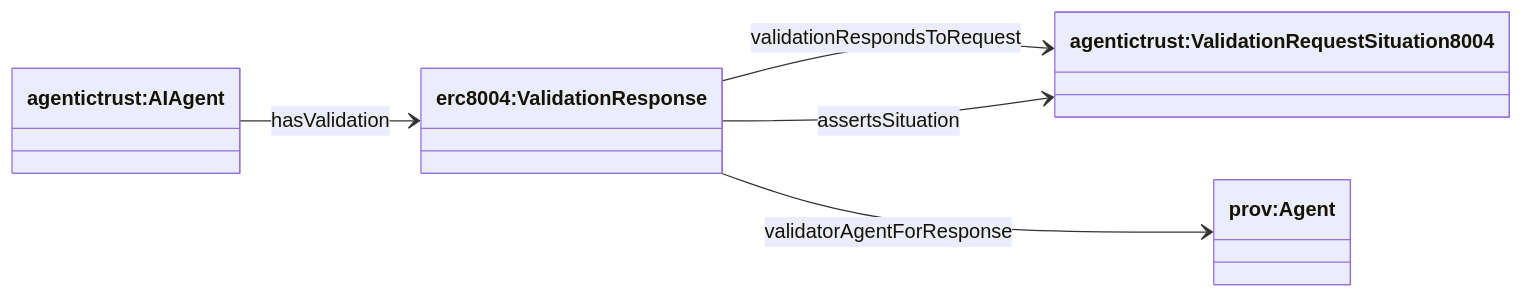
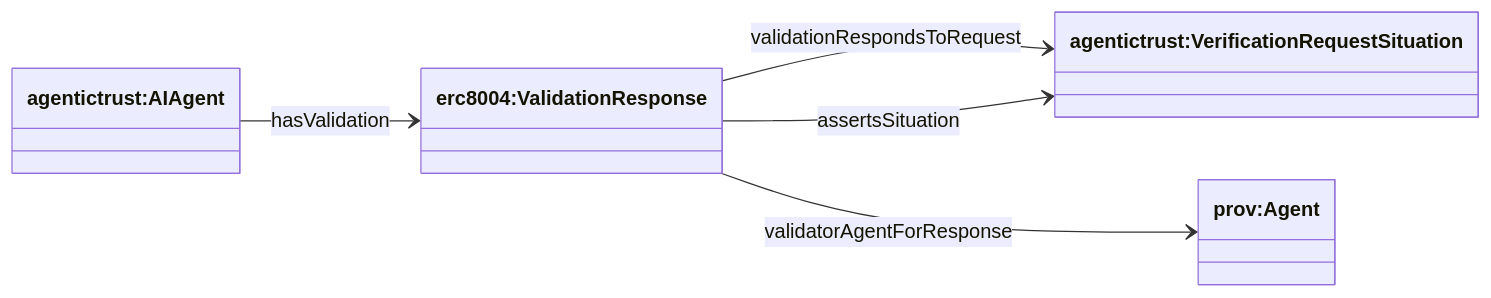
One commit to Agentic-Trust-Layer/agent-explorer changed the fourth of 7 diagrams in docs/ontology/situation.md. Above: the diagram before and after it, drawn with Mermaid. The commit also changed 7 other files, not shown here.

````diff
--- a/docs/ontology/situation.md
+++ b/docs/ontology/situation.md
@@ -150,14 +150,14 @@
 ```mermaid
 classDiagram
 direction LR
 
 class AIAgent["agentictrust:AIAgent"]
-class ValidationRequest["agentictrust:ValidationRequestSituation8004"]
+class ValidationRequest["agentictrust:VerificationRequestSituation"]
 class ValidationResponse["erc8004:ValidationResponse"]
 class provAgent["prov:Agent"]
 
 AIAgent --> ValidationResponse : hasValidation
 ValidationResponse --> ValidationRequest : validationRespondsToRequest
 ValidationResponse --> ValidationRequest : assertsSituation
 ValidationResponse --> provAgent : validatorAgentForResponse
 ```
````
